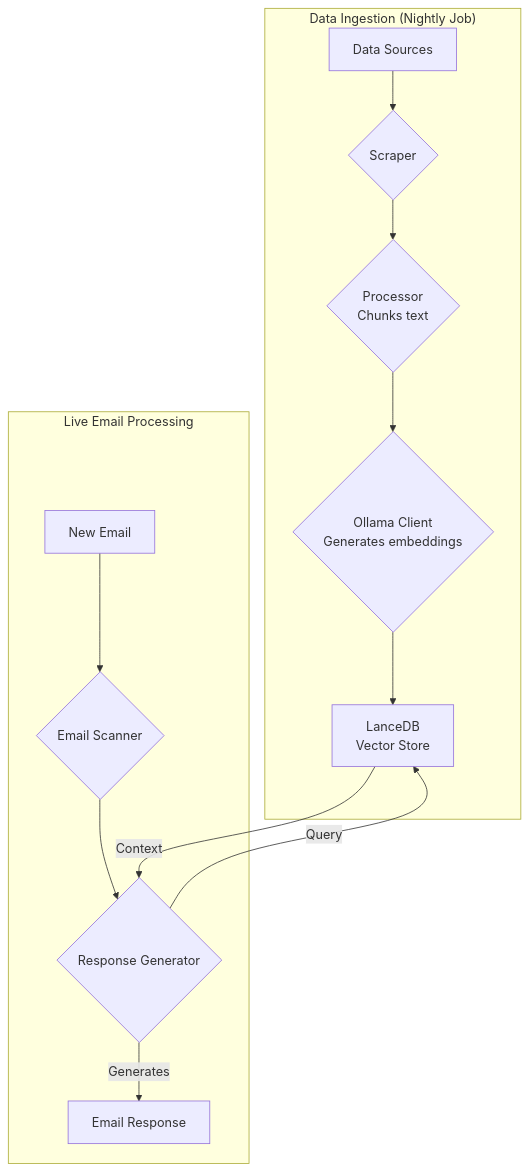
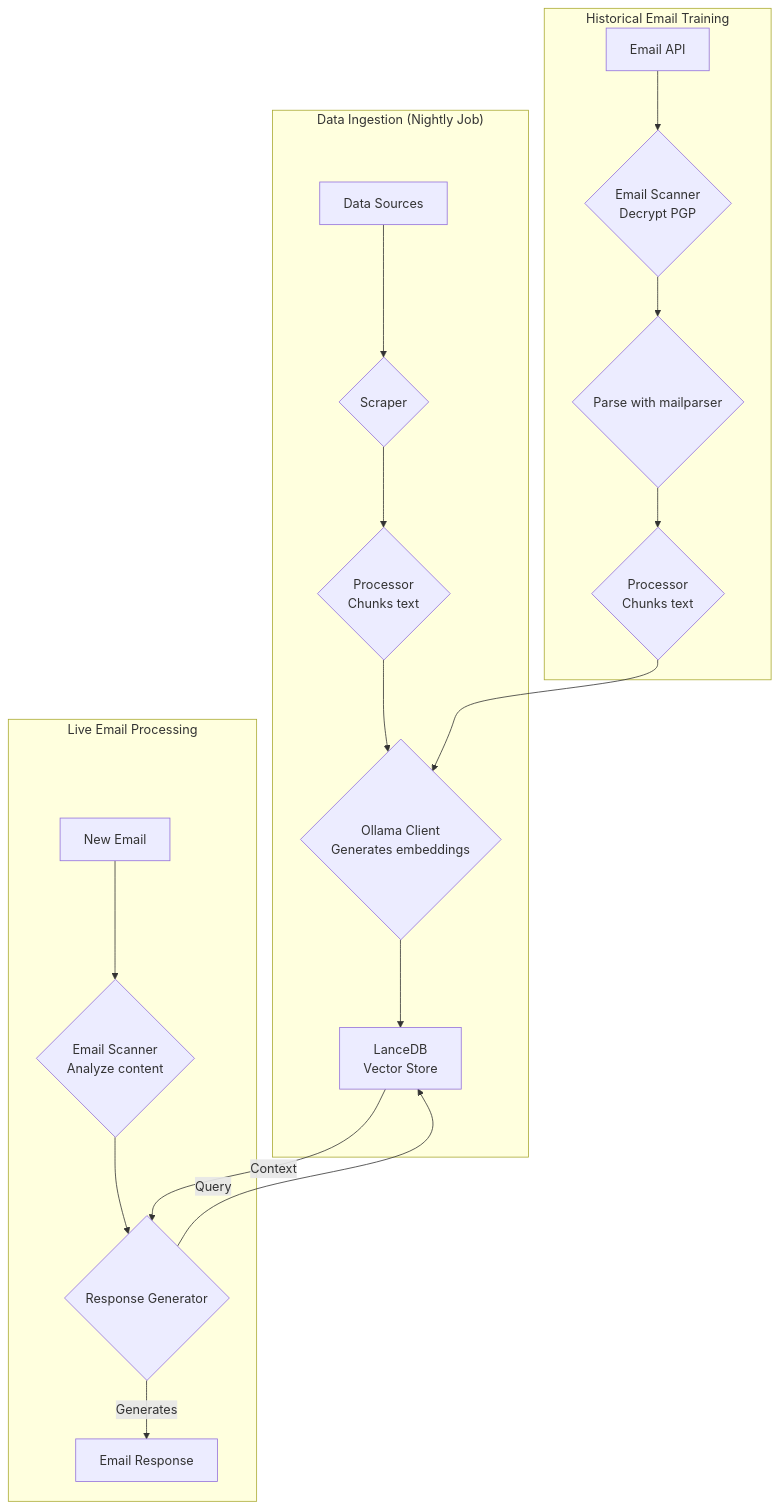
Before and after one commit to forwardemail/forwardemail.net: the first of 3 diagrams in CUSTOMER-SUPPORT.md, drawn with Mermaid. The commit also changed other lines of this file and 16 other files, not shown here.

````diff
--- a/CUSTOMER-SUPPORT.md
+++ b/CUSTOMER-SUPPORT.md
@@ -39,17 +342,24 @@
 ```mermaid
 graph TD
     subgraph "Data Ingestion (Nightly Job)"
         A[Data Sources] --> B{Scraper}
         B --> C{Processor<br/>Chunks text}
         C --> D{Ollama Client<br/>Generates embeddings}
         D --> E[LanceDB<br/>Vector Store]
     end
 
+    subgraph "Historical Email Training"
+        F[Email API] --> G{Email Scanner<br/>Decrypt PGP}
+        G --> H{Parse with mailparser}
+        H --> I{Processor<br/>Chunks text}
+        I --> D
+    end
+
     subgraph "Live Email Processing"
-        F[New Email] --> G{Email Scanner}
-        G --> H{Response Generator}
-        H -- Query --> E
-        E -- Context --> H
-        H -- Generates --> I[Email Response]
+        J[New Email] --> K{Email Scanner<br/>Analyze content}
+        K --> L{Response Generator}
+        L -- Query --> E
+        E -- Context --> L
+        L -- Generates --> M[Email Response]
     end
 ```
````
